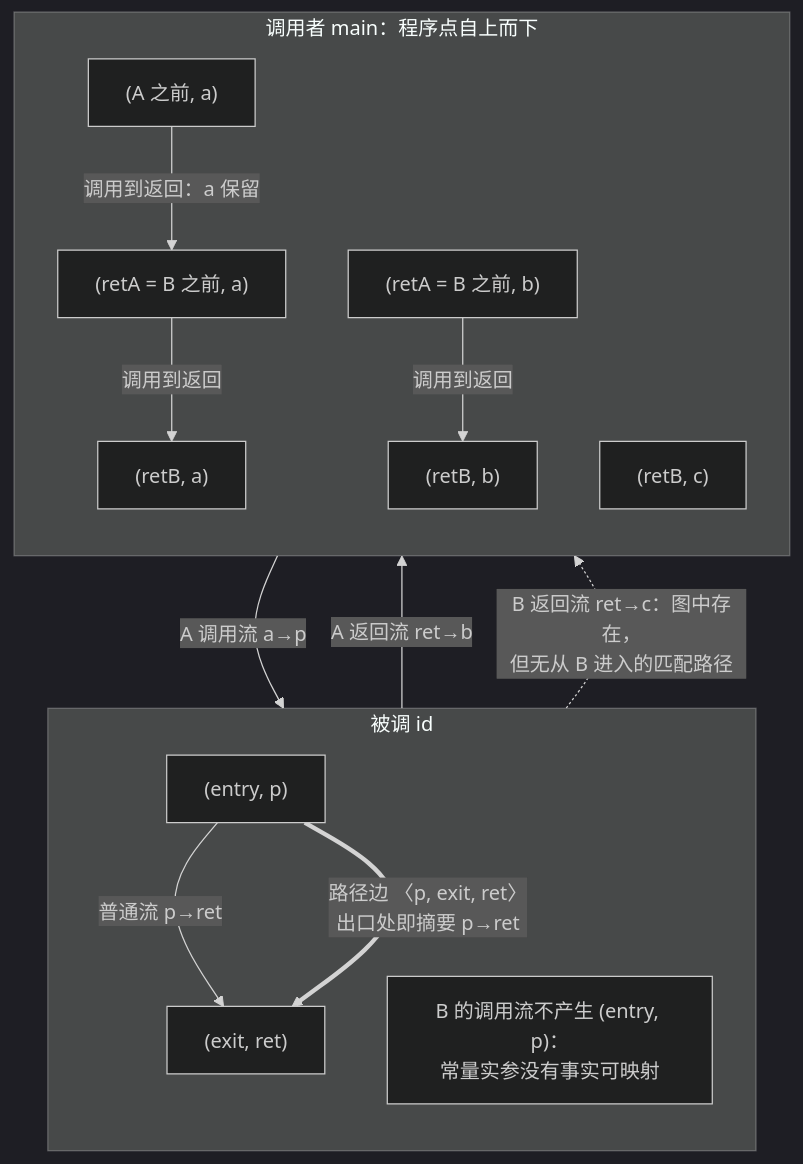
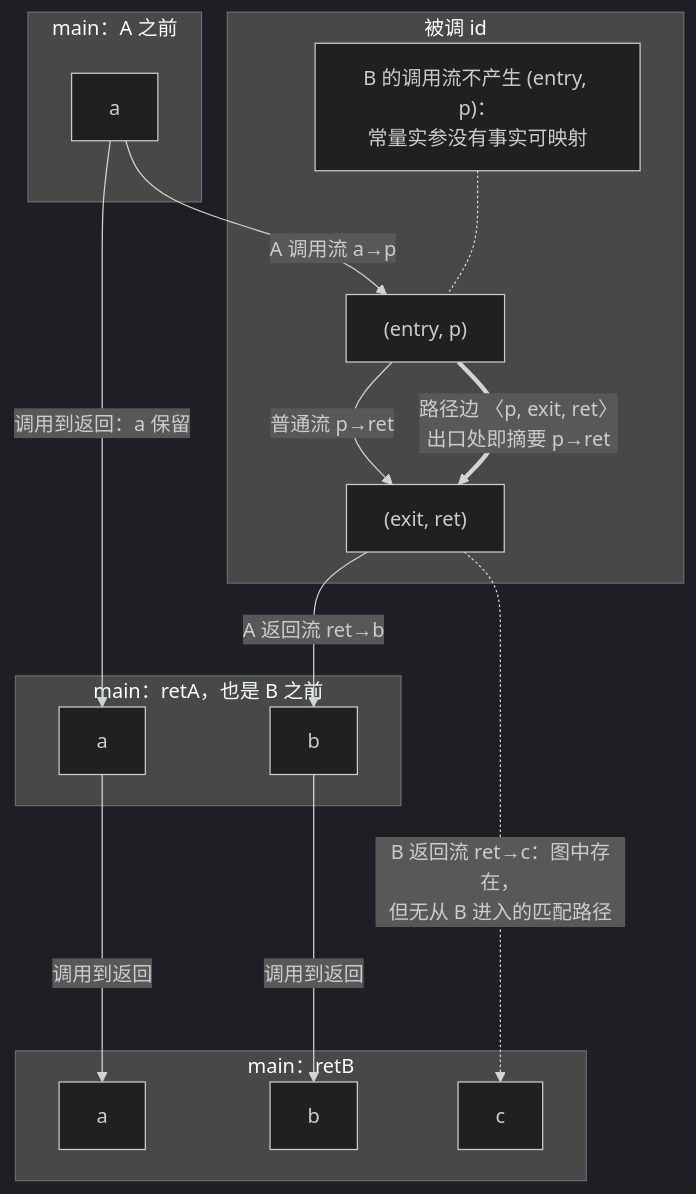
Before and after one commit to Scrates1/Scrates1.github.io: the diagram in src/static-analysis/assets/07-series-2.mmd, drawn with Mermaid (dark theme). The commit also changed 11 other files, not shown here.

First line of the commit message:
第 07 篇改为先给全景、再逐部分展开，并重画双调用的 ESG 图。

```diff
--- a/src/static-analysis/assets/07-series-2.mmd
+++ b/src/static-analysis/assets/07-series-2.mmd
@@ -1,29 +1,32 @@
 flowchart TB
-  subgraph Callee[被调 id]
-    direction TB
+  subgraph N0[main：A 之前]
+    A0[a]
+  end
+  subgraph ID[被调 id]
+    NOTE["B 的调用流不产生 (entry, p)：
+常量实参没有事实可映射"]
     EP["(entry, p)"]
     XR["(exit, ret)"]
-    NOTE["B 的调用流不产生 (entry, p)：
-常量实参没有事实可映射"]
   end
-  subgraph Caller[调用者 main：程序点自上而下]
-    direction TB
-    P0a["(A 之前, a)"]
-    RAa["(retA = B 之前, a)"]
-    RAb["(retA = B 之前, b)"]
-    RBa["(retB, a)"]
-    RBb["(retB, b)"]
-    RBc["(retB, c)"]
+  subgraph N1[main：retA，也是 B 之前]
+    A1[a]
+    B1[b]
   end
-  P0a -->|调用到返回：a 保留| RAa
-  RAa -->|调用到返回| RBa
-  RAb -->|调用到返回| RBb
-  P0a -->|A 调用流 a→p| EP
+  subgraph N2[main：retB]
+    A2[a]
+    B2[b]
+    C2[c]
+  end
+  A0 -->|A 调用流 a→p| EP
+  NOTE -.- EP
   EP -->|普通流 p→ret| XR
   EP ==>|路径边 〈p, exit, ret〉
 出口处即摘要 p→ret| XR
-  XR -->|A 返回流 ret→b| RAb
-  XR -.->|B 返回流 ret→c：图中存在，
-但无从 B 进入的匹配路径| RBc
-  class RBc aux
+  XR -->|A 返回流 ret→b| B1
+  A0 ---->|调用到返回：a 保留| A1
+  A1 --->|调用到返回| A2
+  B1 --->|调用到返回| B2
+  XR -...->|B 返回流 ret→c：图中存在，
+但无从 B 进入的匹配路径| C2
+  class C2 aux
   class NOTE note
```
